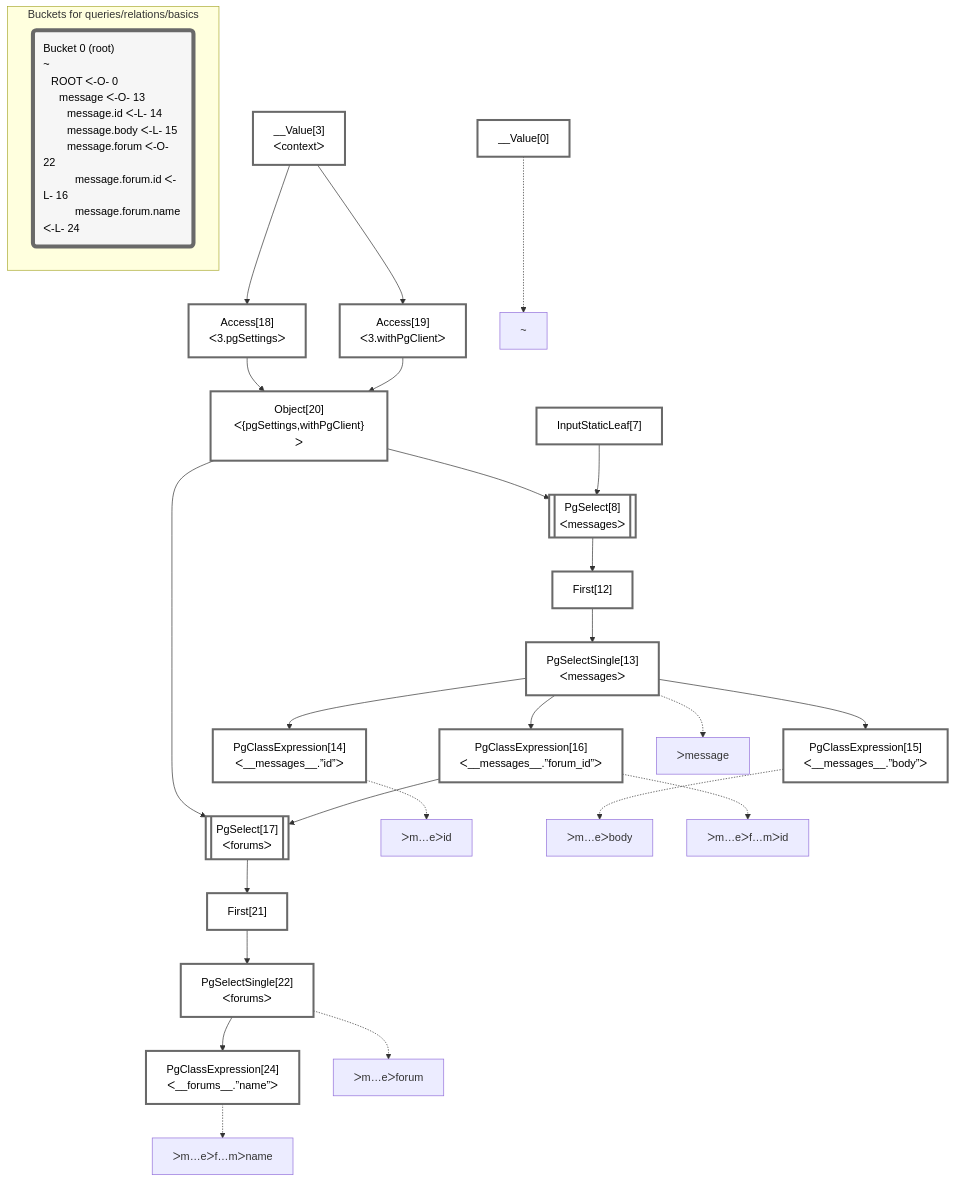
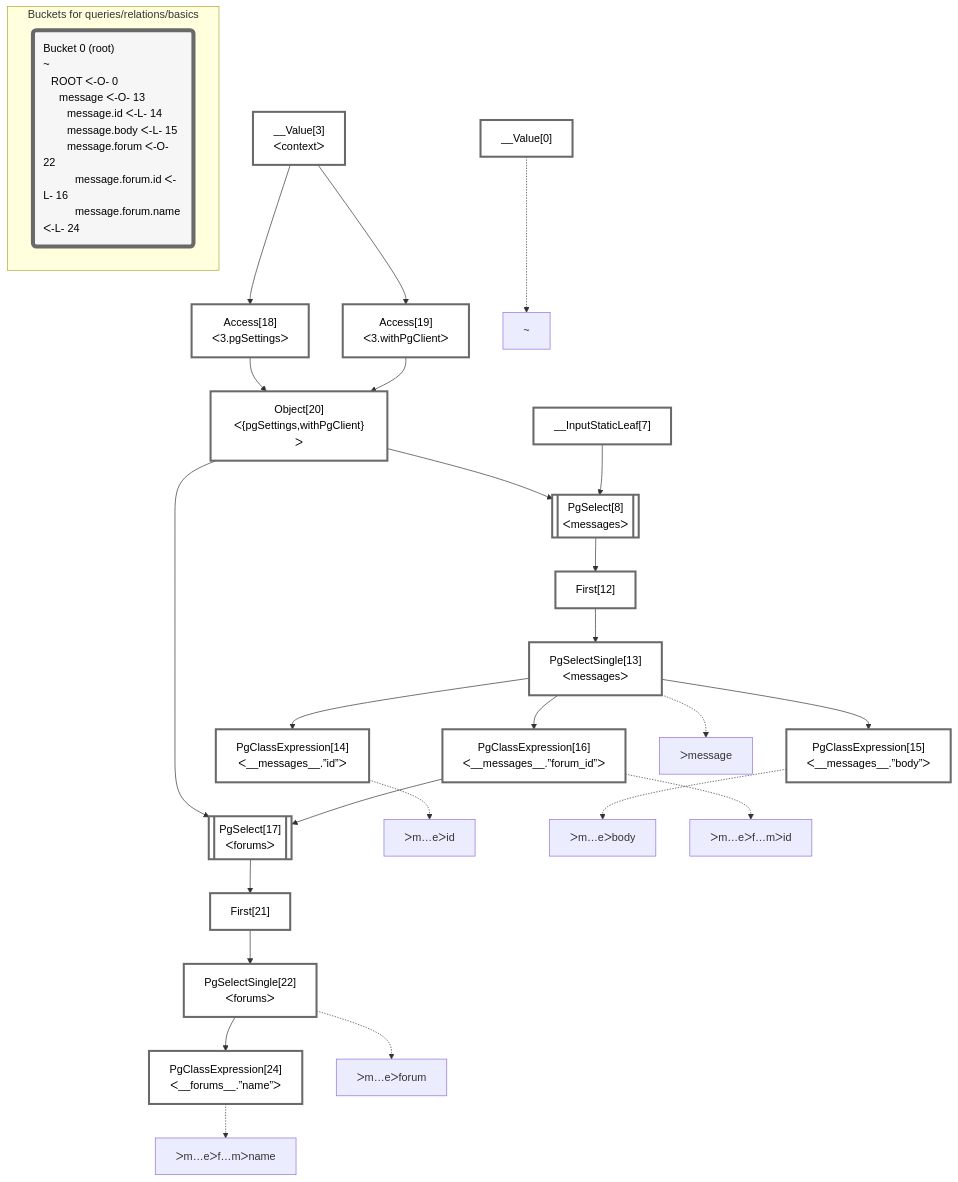
Before and after one commit to graphile/crystal: the diagram in packages/dataplan-pg/__tests__/queries/relations/basics.deopt.mermaid.md, drawn with Mermaid. The commit also changed 79 other files, not shown here.

````diff
--- a/packages/dataplan-pg/__tests__/queries/relations/basics.deopt.mermaid.md
+++ b/packages/dataplan-pg/__tests__/queries/relations/basics.deopt.mermaid.md
@@ -1,64 +1,64 @@
 ```mermaid
 graph TD
     classDef path fill:#eee,stroke:#000,color:#000
     classDef plan fill:#fff,stroke-width:3px,color:#000
     classDef itemplan fill:#fff,stroke-width:6px,color:#000
     classDef sideeffectplan fill:#f00,stroke-width:6px,color:#000
     classDef bucket fill:#f6f6f6,color:#000,stroke-width:6px,text-align:left
 
 
     %% define plans
     __Value0["__Value[0]"]:::plan
     PgClassExpression14["PgClassExpression[14]<br />ᐸ__messages__.”id”ᐳ"]:::plan
     PgClassExpression15["PgClassExpression[15]<br />ᐸ__messages__.”body”ᐳ"]:::plan
     PgClassExpression24["PgClassExpression[24]<br />ᐸ__forums__.”name”ᐳ"]:::plan
     PgSelectSingle22["PgSelectSingle[22]<br />ᐸforumsᐳ"]:::plan
     First21["First[21]"]:::plan
     PgSelect17[["PgSelect[17]<br />ᐸforumsᐳ"]]:::plan
     PgClassExpression16["PgClassExpression[16]<br />ᐸ__messages__.”forum_id”ᐳ"]:::plan
     PgSelectSingle13["PgSelectSingle[13]<br />ᐸmessagesᐳ"]:::plan
     First12["First[12]"]:::plan
     PgSelect8[["PgSelect[8]<br />ᐸmessagesᐳ"]]:::plan
     Object20["Object[20]<br />ᐸ{pgSettings,withPgClient}ᐳ"]:::plan
     Access18["Access[18]<br />ᐸ3.pgSettingsᐳ"]:::plan
     Access19["Access[19]<br />ᐸ3.withPgClientᐳ"]:::plan
     __Value3["__Value[3]<br />ᐸcontextᐳ"]:::plan
-    InputStaticLeaf7["InputStaticLeaf[7]"]:::plan
+    __InputStaticLeaf7["__InputStaticLeaf[7]"]:::plan
 
     %% plan dependencies
     PgSelectSingle13 --> PgClassExpression14
     PgSelectSingle13 --> PgClassExpression15
     PgSelectSingle22 --> PgClassExpression24
     First21 --> PgSelectSingle22
     PgSelect17 --> First21
     Object20 & PgClassExpression16 --> PgSelect17
     PgSelectSingle13 --> PgClassExpression16
     First12 --> PgSelectSingle13
     PgSelect8 --> First12
-    Object20 & InputStaticLeaf7 --> PgSelect8
+    Object20 & __InputStaticLeaf7 --> PgSelect8
     Access18 & Access19 --> Object20
     __Value3 --> Access18
     __Value3 --> Access19
 
     %% plan-to-path relationships
     P0["~"]
     __Value0 -.-> P0
     P13["ᐳmessage"]
     PgSelectSingle13 -.-> P13
     P14["ᐳm…eᐳid"]
     PgClassExpression14 -.-> P14
     P15["ᐳm…eᐳbody"]
     PgClassExpression15 -.-> P15
     P16["ᐳm…eᐳf…mᐳid"]
     PgClassExpression16 -.-> P16
     P22["ᐳm…eᐳforum"]
     PgSelectSingle22 -.-> P22
     P24["ᐳm…eᐳf…mᐳname"]
     PgClassExpression24 -.-> P24
 
     subgraph "Buckets for queries/relations/basics"
     Bucket0("Bucket 0 (root)<br />~<br />⠀ROOT ᐸ-O- 0<br />⠀⠀message ᐸ-O- 13<br />⠀⠀⠀message.id ᐸ-L- 14<br />⠀⠀⠀message.body ᐸ-L- 15<br />⠀⠀⠀message.forum ᐸ-O- 22<br />⠀⠀⠀⠀message.forum.id ᐸ-L- 16<br />⠀⠀⠀⠀message.forum.name ᐸ-L- 24"):::bucket
     classDef bucket0 stroke:#696969
-    class Bucket0,__Value0,__Value3,InputStaticLeaf7,PgSelect8,First12,PgSelectSingle13,PgClassExpression14,PgClassExpression15,PgClassExpression16,PgSelect17,Access18,Access19,Object20,First21,PgSelectSingle22,PgClassExpression24 bucket0
+    class Bucket0,__Value0,__Value3,__InputStaticLeaf7,PgSelect8,First12,PgSelectSingle13,PgClassExpression14,PgClassExpression15,PgClassExpression16,PgSelect17,Access18,Access19,Object20,First21,PgSelectSingle22,PgClassExpression24 bucket0
     end
 ```
````
